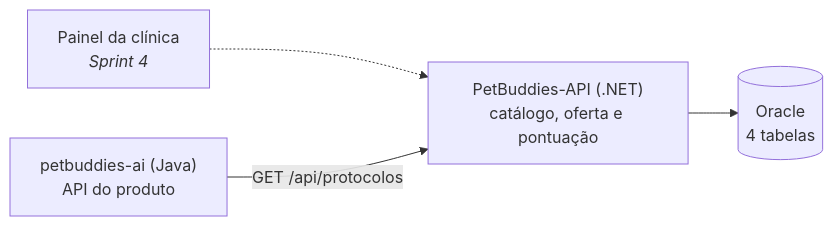
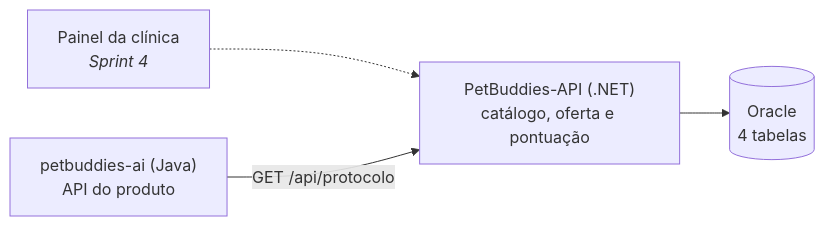
The first of 2 diagrams in README.md (3BugBuddies/PetBuddies-API), drawn with Mermaid before and after one commit. The commit also changed other lines of this file and 9 other files, not shown here.

````diff
--- a/README.md
+++ b/README.md
@@ -7,7 +7,7 @@
 ```mermaid
 flowchart LR
     Painel["Painel da clínica<br/><i>Sprint 4</i>"] -.-> Net
-    Java["petbuddies-ai (Java)<br/>API do produto"] -->|"GET /api/protocolos"| Net
+    Java["petbuddies-ai (Java)<br/>API do produto"] -->|"GET /api/protocolo"| Net
     Net["PetBuddies-API (.NET)<br/>catálogo, oferta e pontuação"]
     Net --> Oracle[("Oracle<br/>4 tabelas")]
 ```
````
